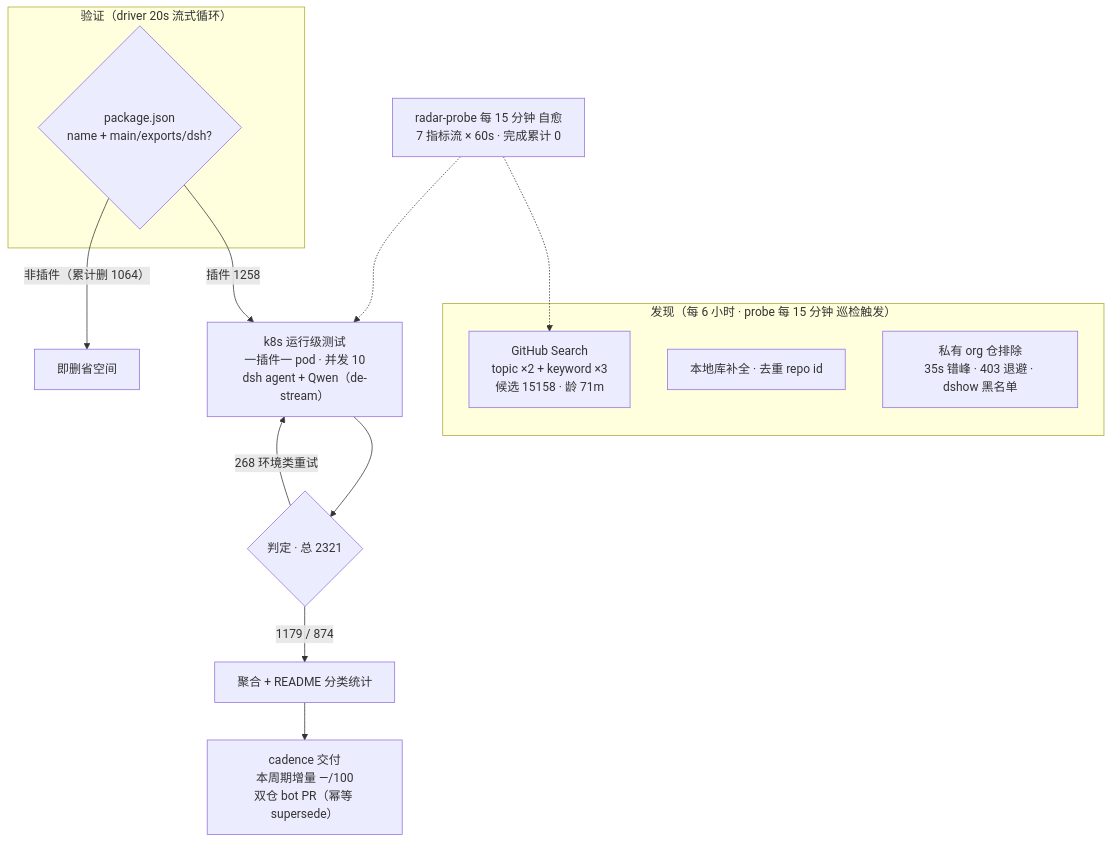
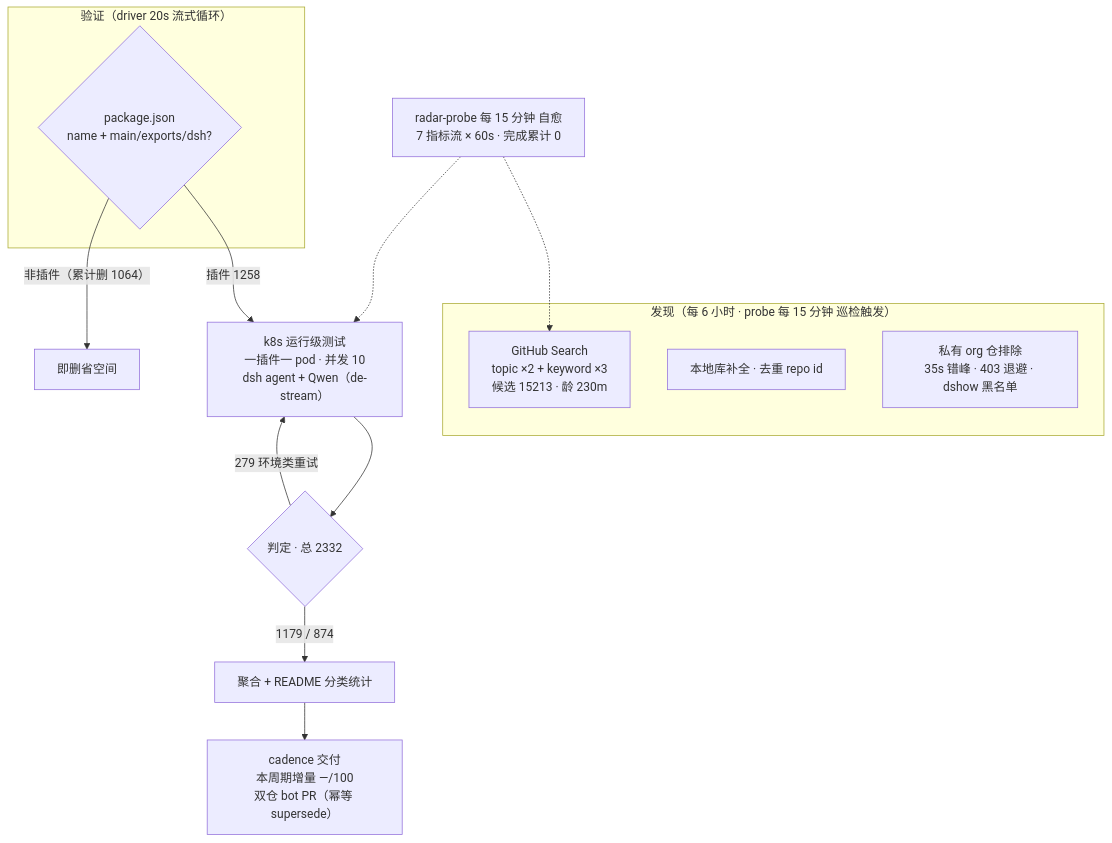
The diagram in README.md (Zhidao-Lab-OSS/awesome-dsh-plugins), drawn with Mermaid before and after one commit. The commit also changed other lines of this file and 1 other file, not shown here.

````diff
--- a/README.md
+++ b/README.md
@@ -37,20 +37,20 @@
 ```mermaid
 flowchart TB
     subgraph Discovery["发现（每 6 小时 · probe 每 15 分钟 巡检触发）"]
-        A1["GitHub Search<br/>topic ×2 + keyword ×3<br/>候选 15158 · 龄 71m"]
+        A1["GitHub Search<br/>topic ×2 + keyword ×3<br/>候选 15213 · 龄 230m"]
         A2["本地库补全 · 去重 repo id"]
         A3["私有 org 仓排除<br/>35s 错峰 · 403 退避 · dshow 黑名单"]
     end
     subgraph Validation["验证（driver 20s 流式循环）"]
         B1{"package.json<br/>name + main/exports/dsh?"}
     end
     B1 -->|"插件 1258"| C1["k8s 运行级测试<br/>一插件一 pod · 并发 10<br/>dsh agent + Qwen（de-stream）"]
     B1 -->|"非插件（累计删 1064）"| B3["即删省空间"]
-    C1 --> D1{"判定 · 总 2321"}
+    C1 --> D1{"判定 · 总 2332"}
     D1 -->|"1179 / 874"| E1["聚合 + README 分类统计"]
-    D1 -->|"268 环境类重试"| C1
+    D1 -->|"279 环境类重试"| C1
     E1 --> E2["cadence 交付<br/>本周期增量 —/100<br/>双仓 bot PR（幂等 supersede）"]
     M["radar-probe 每 15 分钟 自愈<br/>7 指标流 × 60s · 完成累计 0"]
     M -.-> A1
     M -.-> C1
 ```
````
